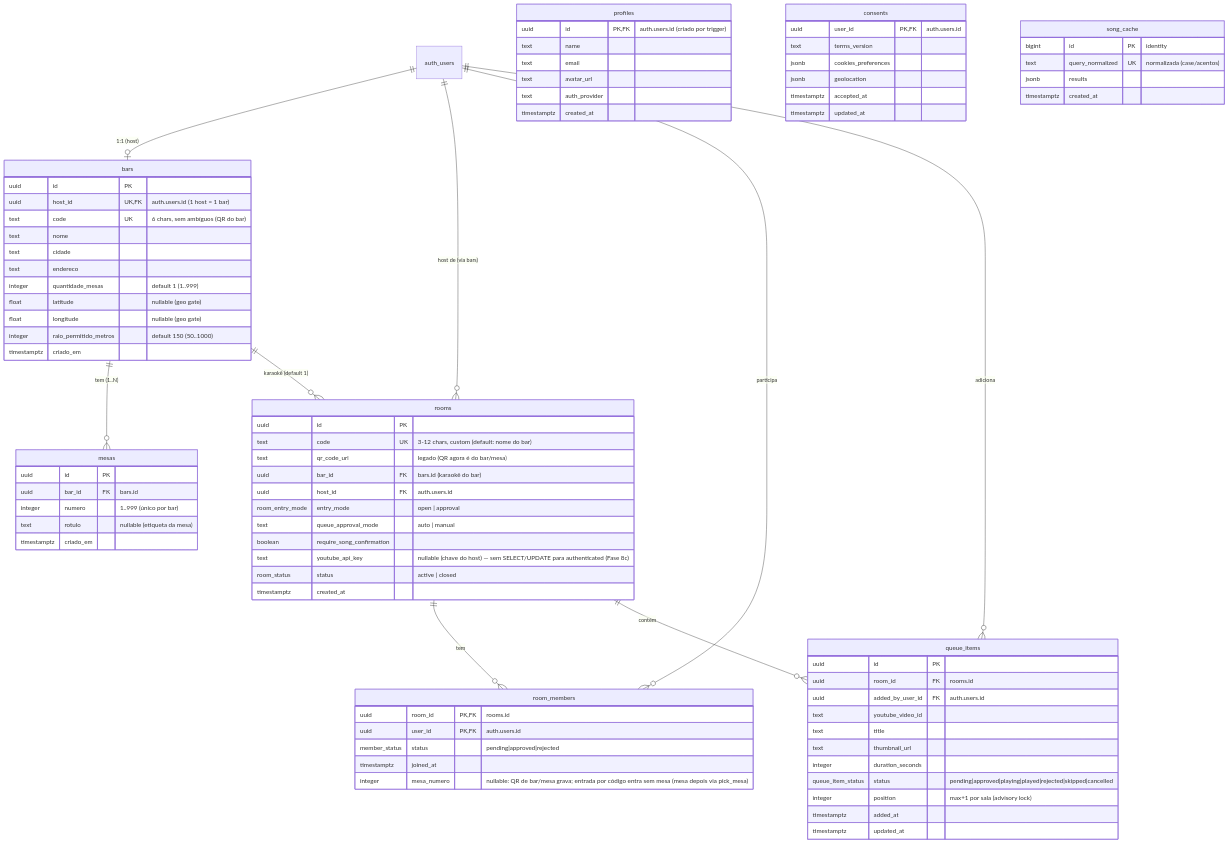
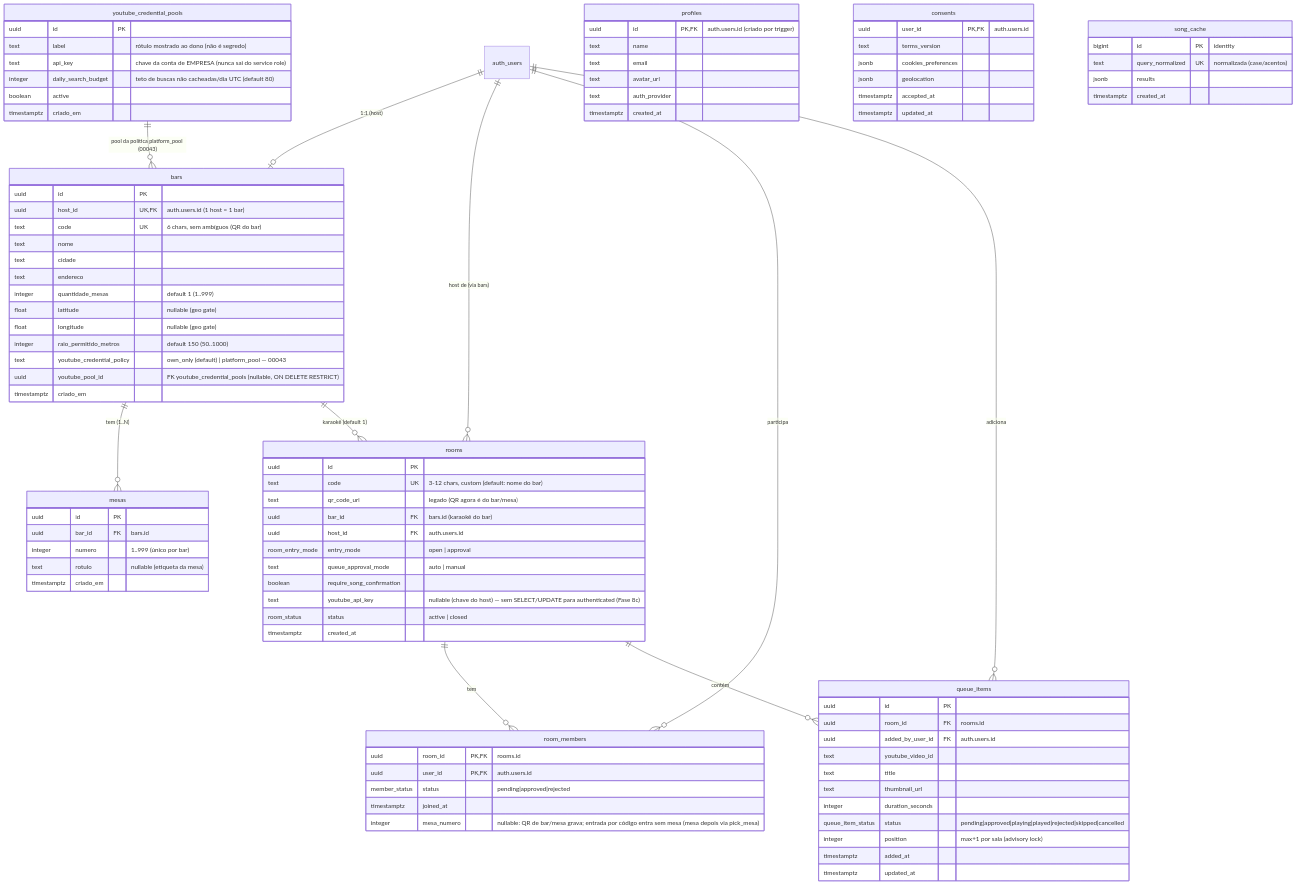
One commit to cavalcanteprofissional/karaoke-flow changed the first of 8 diagrams in docs/flows/banco-de-dados.md. Above: the diagram before and after it, drawn with Mermaid. The commit also changed other lines of this file and 3 other files, not shown here.

````diff
--- a/docs/flows/banco-de-dados.md
+++ b/docs/flows/banco-de-dados.md
@@ -11,6 +11,7 @@
     auth_users ||--o| bars : "1:1 (host)"
     bars ||--o{ mesas : "tem (1..N)"
     bars ||--o{ rooms : "karaokê (default 1)"
+    youtube_credential_pools ||--o{ bars : "pool da política platform_pool (00043)"
     auth_users ||--o{ rooms : "host de (via bars)"
     auth_users ||--o{ room_members : "participa"
     auth_users ||--o{ queue_items : "adiciona"
@@ -50,6 +51,8 @@
         float latitude "nullable (geo gate)"
         float longitude "nullable (geo gate)"
         integer raio_permitido_metros "default 150 (50..1000)"
+        text youtube_credential_policy "own_only (default) | platform_pool — 00043"
+        uuid youtube_pool_id "FK youtube_credential_pools (nullable, ON DELETE RESTRICT)"
         timestamptz criado_em
     }
 
@@ -99,4 +102,13 @@
         jsonb results
         timestamptz created_at
     }
+
+    youtube_credential_pools {
+        uuid id PK
+        text label "rótulo mostrado ao dono (não é segredo)"
+        text api_key "chave da conta de EMPRESA (nunca sai do service role)"
+        integer daily_search_budget "teto de buscas não cacheadas/dia UTC (default 80)"
+        boolean active
+        timestamptz criado_em
+    }
 ```
````
